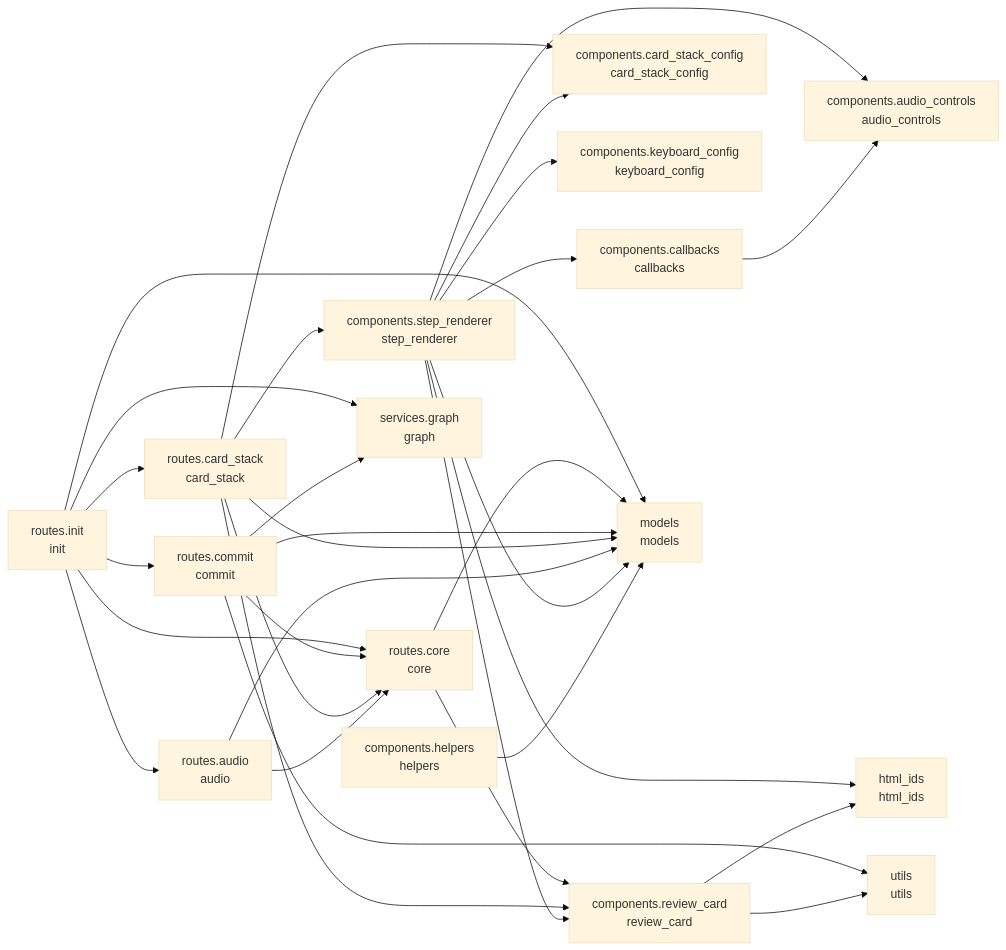
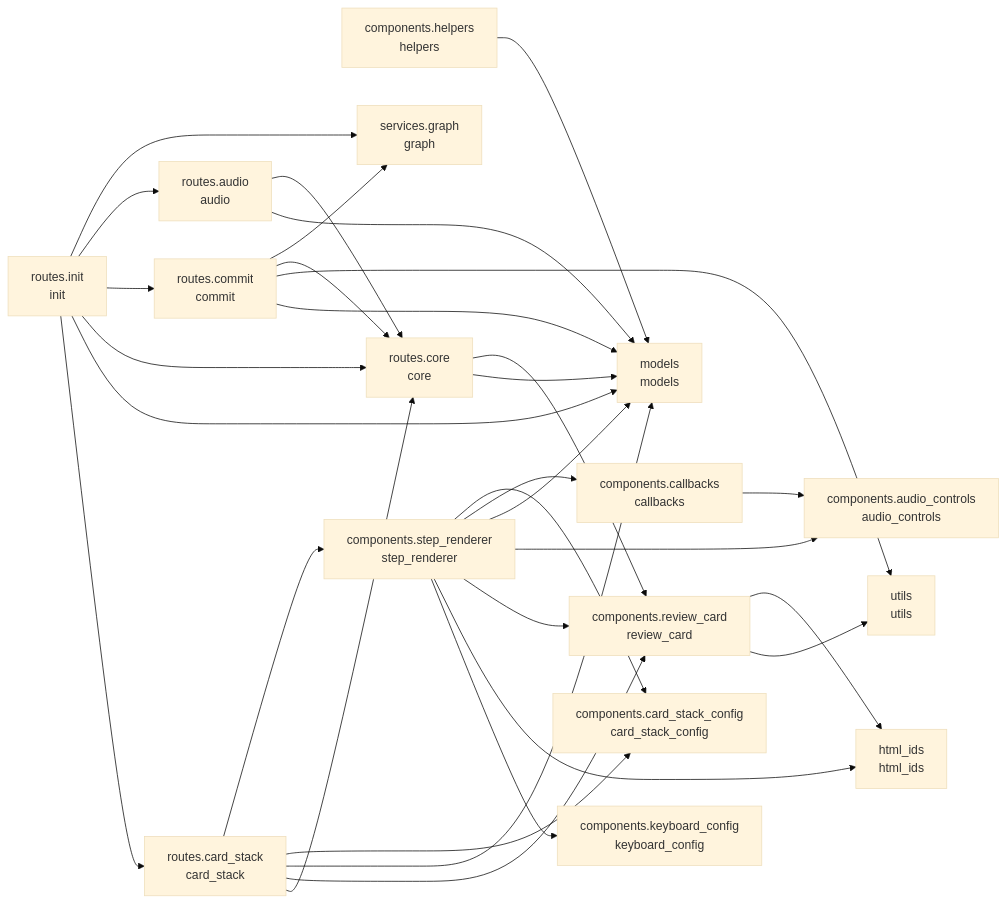
One commit to cj-mills/cjm-transcript-review changed the diagram in README.md. Above: the diagram before and after it, drawn with Mermaid (base theme). The commit also changed other lines of this file and 4 other files, not shown here.

````diff
--- a/README.md
+++ b/README.md
@@ -39,50 +39,50 @@
 ``` mermaid
 graph LR
     components_audio_controls[components.audio_controls<br/>audio_controls]
     components_callbacks[components.callbacks<br/>callbacks]
     components_card_stack_config[components.card_stack_config<br/>card_stack_config]
     components_helpers[components.helpers<br/>helpers]
     components_keyboard_config[components.keyboard_config<br/>keyboard_config]
     components_review_card[components.review_card<br/>review_card]
     components_step_renderer[components.step_renderer<br/>step_renderer]
     html_ids[html_ids<br/>html_ids]
     models[models<br/>models]
     routes_audio[routes.audio<br/>audio]
     routes_card_stack[routes.card_stack<br/>card_stack]
     routes_commit[routes.commit<br/>commit]
     routes_core[routes.core<br/>core]
     routes_init[routes.init<br/>init]
     services_graph[services.graph<br/>graph]
     utils[utils<br/>utils]
 
     components_callbacks --> components_audio_controls
     components_helpers --> models
     components_review_card --> utils
     components_review_card --> html_ids
-    components_step_renderer --> components_card_stack_config
+    components_step_renderer --> components_keyboard_config
+    components_step_renderer --> html_ids
+    components_step_renderer --> components_review_card
+    components_step_renderer --> components_audio_controls
     components_step_renderer --> models
     components_step_renderer --> components_callbacks
-    components_step_renderer --> components_keyboard_config
-    components_step_renderer --> components_review_card
-    components_step_renderer --> components_audio_controls
-    components_step_renderer --> html_ids
+    components_step_renderer --> components_card_stack_config
+    routes_audio --> models
     routes_audio --> routes_core
-    routes_audio --> models
+    routes_card_stack --> routes_core
+    routes_card_stack --> components_review_card
+    routes_card_stack --> models
     routes_card_stack --> components_card_stack_config
-    routes_card_stack --> models
-    routes_card_stack --> routes_core
     routes_card_stack --> components_step_renderer
-    routes_card_stack --> components_review_card
     routes_commit --> models
     routes_commit --> utils
     routes_commit --> routes_core
     routes_commit --> services_graph
     routes_core --> models
     routes_core --> components_review_card
-    routes_init --> services_graph
-    routes_init --> routes_audio
-    routes_init --> routes_core
     routes_init --> routes_card_stack
     routes_init --> models
+    routes_init --> routes_core
     routes_init --> routes_commit
+    routes_init --> routes_audio
+    routes_init --> services_graph
 ```
````
